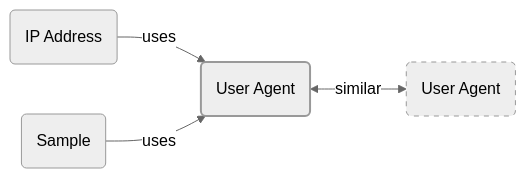
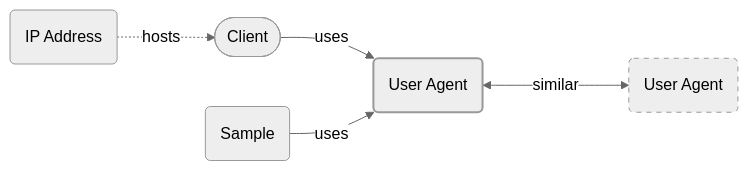
The diagram in docs/artifacts/user-agent.md (korniko98/pivot-atlas), drawn with Mermaid (neutral theme) before and after one commit. The commit also changed 8 other files, not shown here.

````diff
--- a/docs/artifacts/user-agent.md
+++ b/docs/artifacts/user-agent.md
@@ -31,21 +31,23 @@
 	```mermaid
 	flowchart LR
 		classDef primary stroke-width: 2px
 		classDef secondary stroke-dasharray: 5 5
 		
 		%% define nodes
 		IP_ADDRESS(IP Address)
 		SAMPLE(Sample)
+		CLIENT([Client])
 		USER_AGENT(User Agent):::primary
 		USER_AGENT_(User Agent):::secondary
 		
 		%% define edges
-		IP_ADDRESS -- uses --> USER_AGENT
-		USER_AGENT <-- similar --> USER_AGENT_
+		IP_ADDRESS -. hosts .-> CLIENT
+		CLIENT -- uses --> USER_AGENT
+		USER_AGENT <-- similar ---> USER_AGENT_
 		SAMPLE -- uses --> USER_AGENT
 		
 		%% define links
 		click IP_ADDRESS "#ip-addresses"
 		click SAMPLE "#samples"
 		click USER_AGENT_ "#user-agents"
 	```
````
